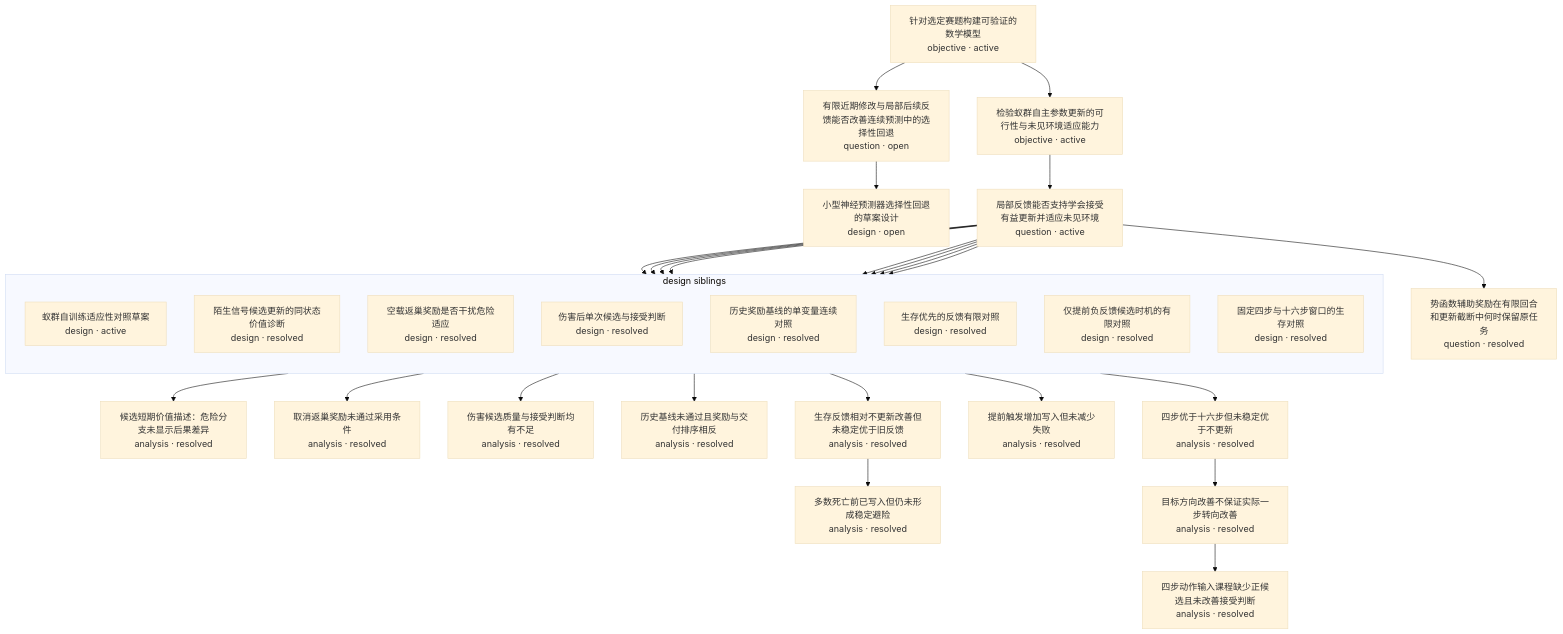
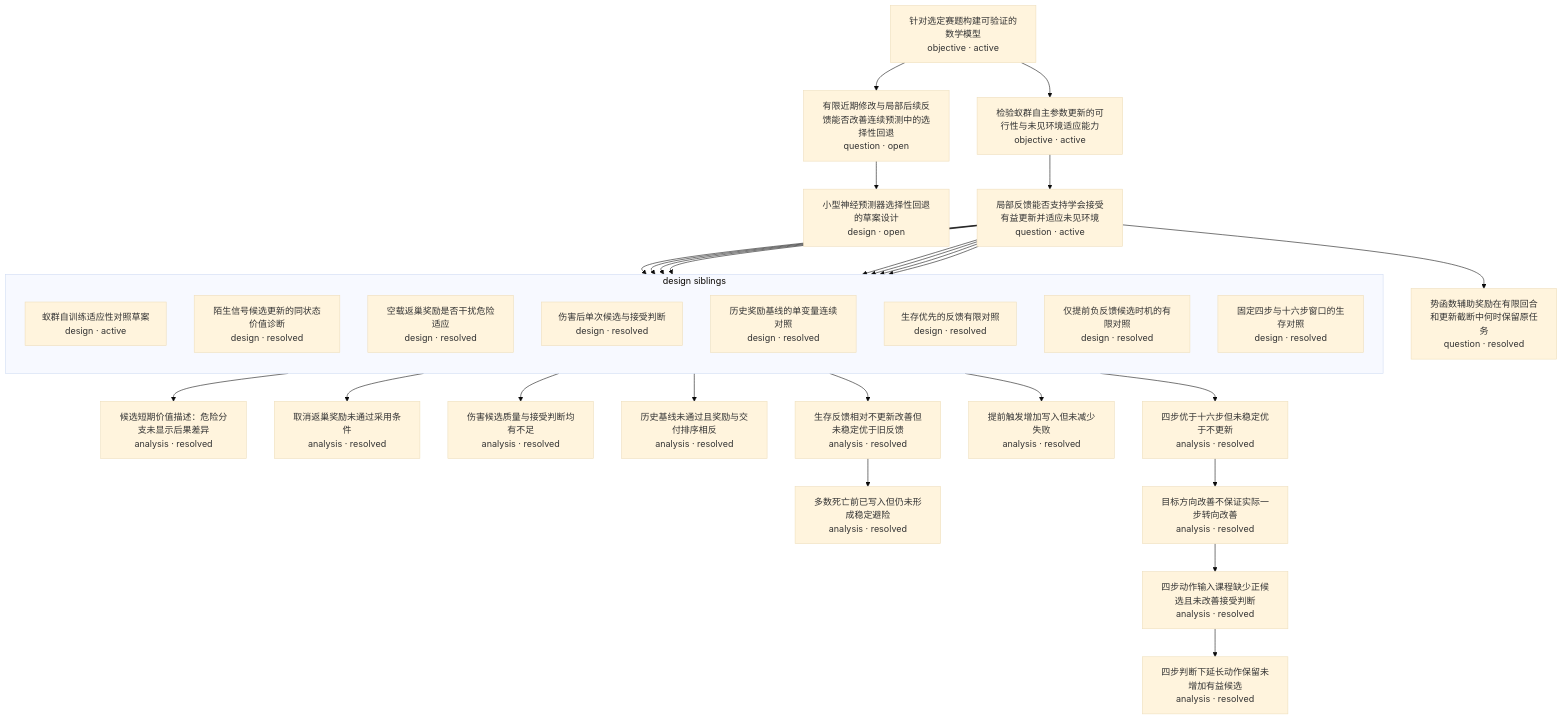
Before and after one commit to Akira-TL/Antomony: the diagram in research-tree/README.md, drawn with Mermaid (base theme). The commit also changed other lines of this file and 6 other files, not shown here.

````diff
--- a/research-tree/README.md
+++ b/research-tree/README.md
@@ -5,53 +5,55 @@
 ```mermaid
 flowchart TD
     N1["针对选定赛题构建可验证的数学模型<br/>objective · active"]
     N2["有限近期修改与局部后续反馈能否改善连续预测中的选择性回退<br/>question · open"]
     N3["小型神经预测器选择性回退的草案设计<br/>design · open"]
     N4["检验蚁群自主参数更新的可行性与未见环境适应能力<br/>objective · active"]
     N5["局部反馈能否支持学会接受有益更新并适应未见环境<br/>question · active"]
     N8["候选短期价值描述：危险分支未显示后果差异<br/>analysis · resolved"]
     N10["取消返巢奖励未通过采用条件<br/>analysis · resolved"]
     N12["伤害候选质量与接受判断均有不足<br/>analysis · resolved"]
     N14["历史基线未通过且奖励与交付排序相反<br/>analysis · resolved"]
     N15["势函数辅助奖励在有限回合和更新截断中何时保留原任务<br/>question · resolved"]
     N17["生存反馈相对不更新改善但未稳定优于旧反馈<br/>analysis · resolved"]
     N18["多数死亡前已写入但仍未形成稳定避险<br/>analysis · resolved"]
     N20["提前触发增加写入但未减少失败<br/>analysis · resolved"]
     N22["四步优于十六步但未稳定优于不更新<br/>analysis · resolved"]
     N23["目标方向改善不保证实际一步转向改善<br/>analysis · resolved"]
     N24["四步动作输入课程缺少正候选且未改善接受判断<br/>analysis · resolved"]
+    N25["四步判断下延长动作保留未增加有益候选<br/>analysis · resolved"]
     subgraph G5_design["design siblings"]
         direction TB
         N6["蚁群自训练适应性对照草案<br/>design · active"]
         N7["陌生信号候选更新的同状态价值诊断<br/>design · resolved"]
         N9["空载返巢奖励是否干扰危险适应<br/>design · resolved"]
         N11["伤害后单次候选与接受判断<br/>design · resolved"]
         N13["历史奖励基线的单变量连续对照<br/>design · resolved"]
         N16["生存优先的反馈有限对照<br/>design · resolved"]
         N19["仅提前负反馈候选时机的有限对照<br/>design · resolved"]
         N21["固定四步与十六步窗口的生存对照<br/>design · resolved"]
     end
     N1 --> N2
     N2 --> N3
     N1 --> N4
     N4 --> N5
     N5 --> N6
     N5 --> N7
     N7 --> N8
     N5 --> N9
     N9 --> N10
     N5 --> N11
     N11 --> N12
     N5 --> N13
     N13 --> N14
     N5 --> N15
     N5 --> N16
     N16 --> N17
     N17 --> N18
     N5 --> N19
     N19 --> N20
     N5 --> N21
     N21 --> N22
     N22 --> N23
     N23 --> N24
+    N24 --> N25
 ```
````
